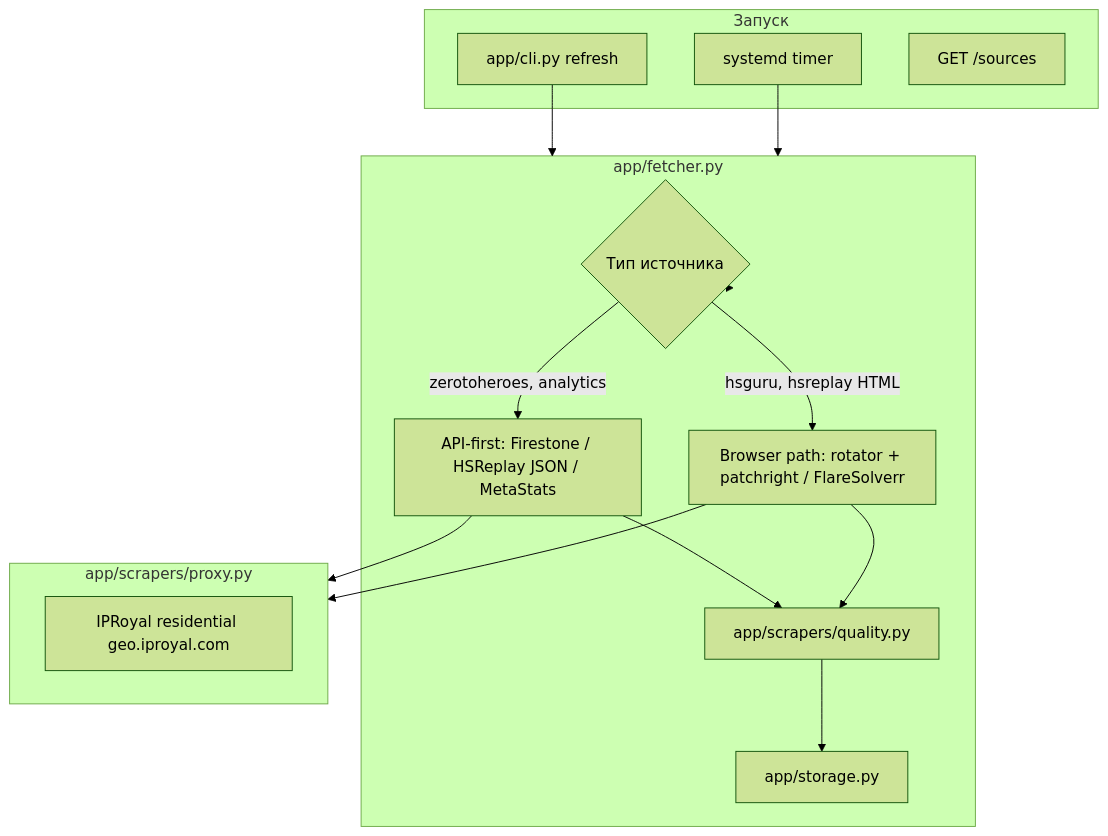
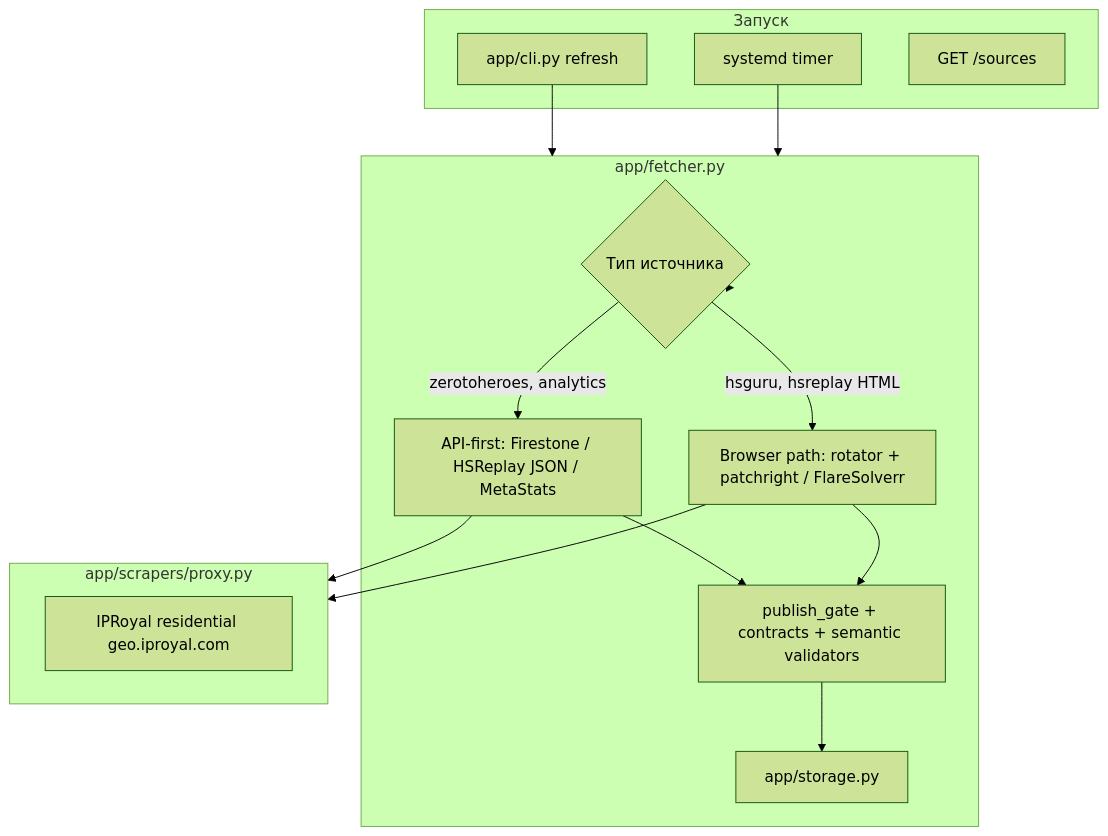
The first of 2 diagrams in docs/PROXY_AND_RELIABILITY.md (Zulut30/hearthstone-parses), drawn with Mermaid (forest theme) before and after one commit. The commit also changed other lines of this file and 6 other files, not shown here.

````diff
--- a/docs/PROXY_AND_RELIABILITY.md
+++ b/docs/PROXY_AND_RELIABILITY.md
@@ -5,31 +5,31 @@
 ```mermaid
 flowchart TB
     subgraph trigger [Запуск]
         CLI[app/cli.py refresh]
         Timer[systemd timer]
         API[GET /sources]
     end
 
     subgraph fetcher [app/fetcher.py]
         Route{Тип источника}
         APIpath[API-first: Firestone / HSReplay JSON / MetaStats]
         Browser[Browser path: rotator + patchright / FlareSolverr]
-        Quality[app/scrapers/quality.py]
+        Quality[publish_gate + contracts + semantic validators]
         Store[app/storage.py]
     end
 
     subgraph proxy [app/scrapers/proxy.py]
         IPRoyal[IPRoyal residential geo.iproyal.com]
     end
 
     CLI --> fetcher
     Timer --> fetcher
     fetcher --> Route
     Route -->|zerotoheroes, analytics| APIpath
     Route -->|hsguru, hsreplay HTML| Browser
     APIpath --> proxy
     Browser --> proxy
     APIpath --> Quality
     Browser --> Quality
     Quality --> Store
 ```
````
